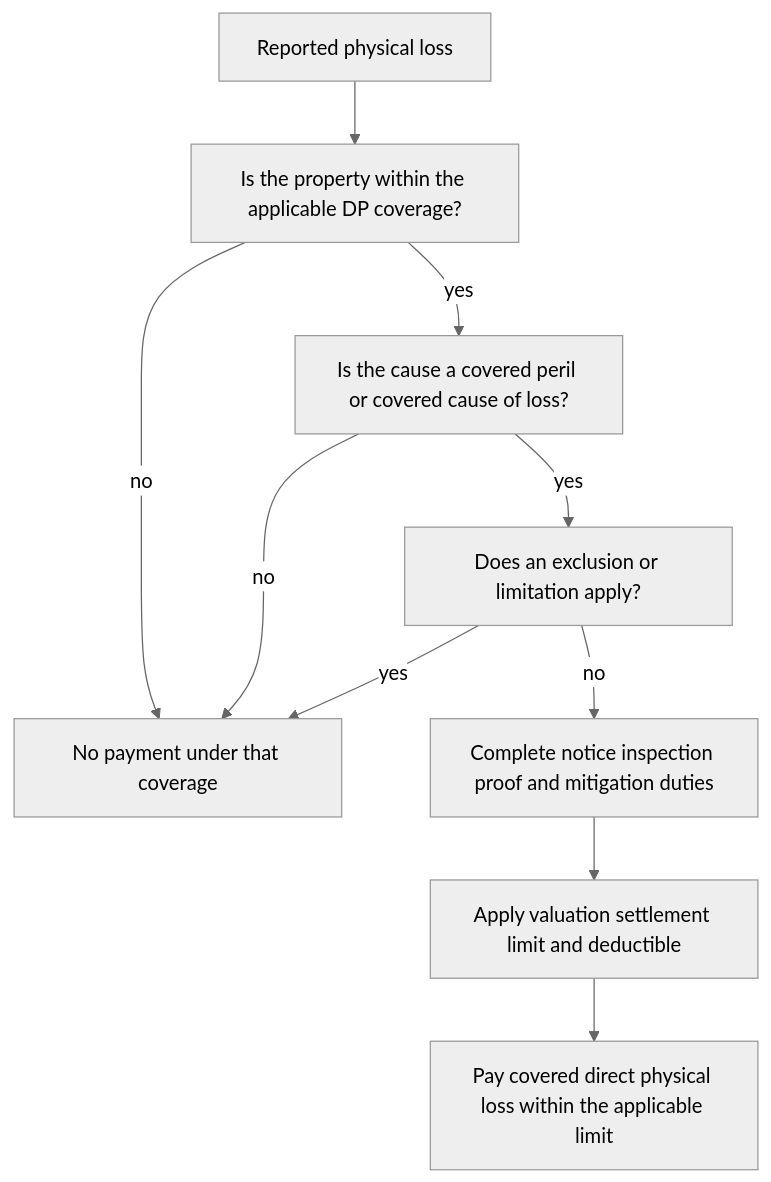
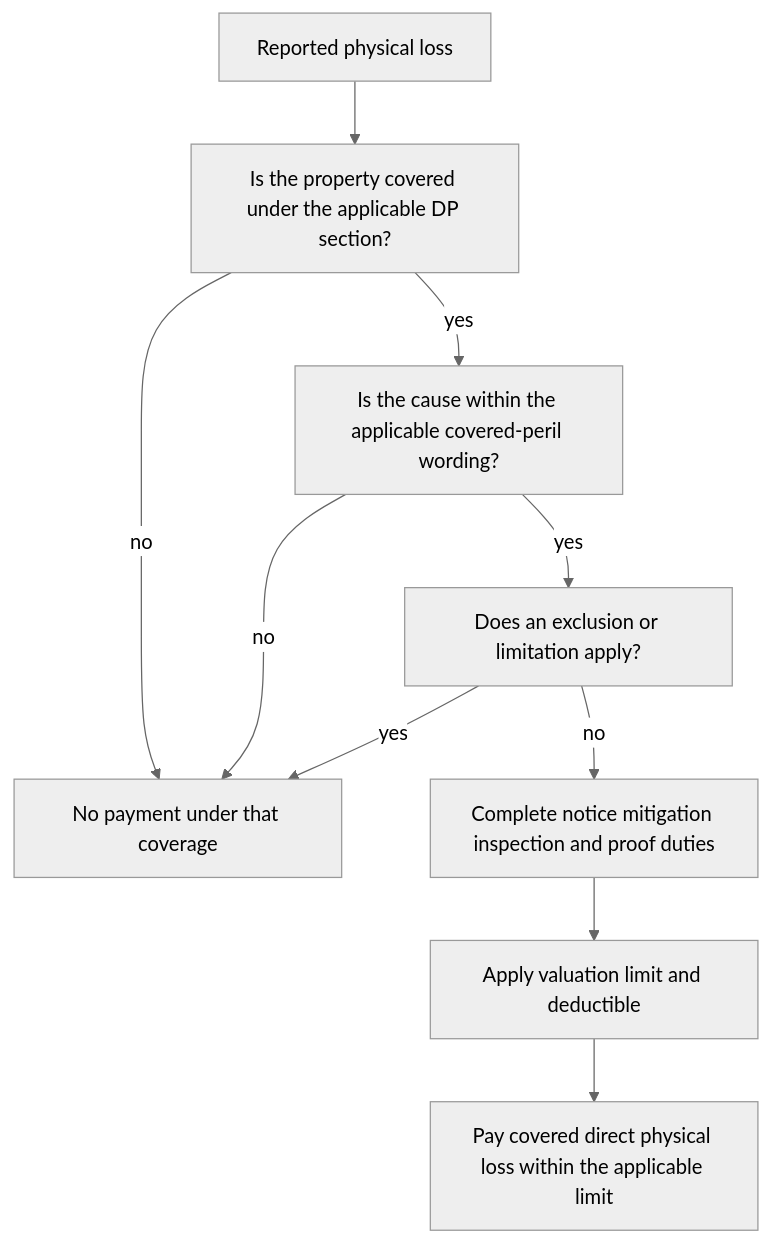
Before and after one commit to eugeneliu-86/openwiki-insurance-corpus: the second of 2 diagrams in openwiki/coverage/forms/dp-3.md, drawn with Mermaid (neutral theme). The commit also changed other lines of this file and 107 other files, not shown here.

````diff
--- a/openwiki/coverage/forms/dp-3.md
+++ b/openwiki/coverage/forms/dp-3.md
@@ -56,12 +60,12 @@
 ```mermaid
 flowchart TD
-  report["Reported physical loss"] --> property["Is the property within the applicable DP coverage?"]
+  report["Reported physical loss"] --> property["Is the property covered under the applicable DP section?"]
   property -->|no| decline["No payment under that coverage"]
-  property -->|yes| peril["Is the cause a covered peril or covered cause of loss?"]
+  property -->|yes| peril["Is the cause within the applicable covered-peril wording?"]
   peril -->|no| decline
   peril -->|yes| exclusion["Does an exclusion or limitation apply?"]
   exclusion -->|yes| decline
-  exclusion -->|no| duties["Complete notice inspection proof and mitigation duties"]
-  duties --> value["Apply valuation settlement limit and deductible"]
+  exclusion -->|no| duties["Complete notice mitigation inspection and proof duties"]
+  duties --> value["Apply valuation limit and deductible"]
   value --> pay["Pay covered direct physical loss within the applicable limit"]
 ```
````
